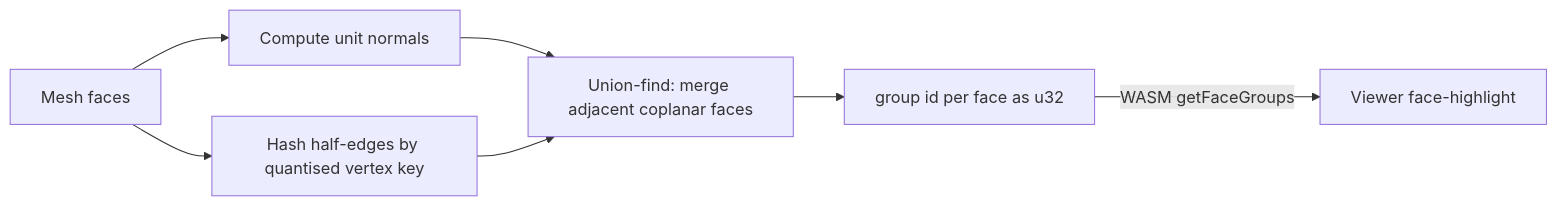
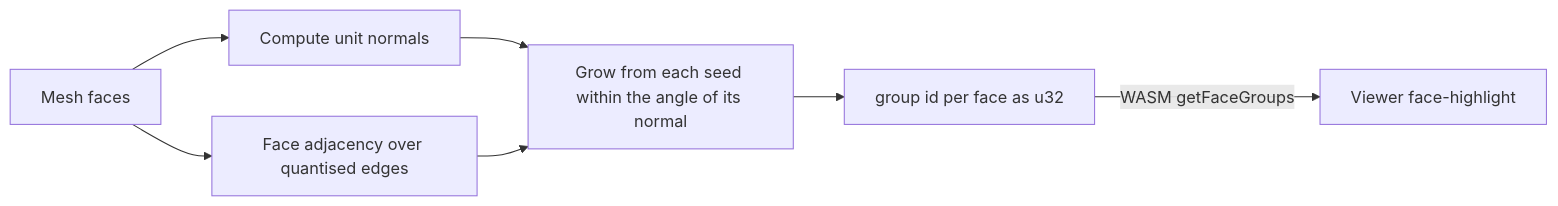
The third of 5 diagrams in src/mesh/README.md (ColdCrabby/slicer), drawn with Mermaid before and after one commit. The commit also changed other lines of this file and 7 other files, not shown here.

````diff
--- a/src/mesh/README.md
+++ b/src/mesh/README.md
@@ -152,8 +148,8 @@
 ```mermaid
 flowchart LR
     M[Mesh faces] --> N[Compute unit normals]
-    M --> E[Hash half-edges by quantised vertex key]
-    N & E --> UF[Union-find: merge adjacent coplanar faces]
-    UF --> G[group id per face as u32]
+    M --> E[Face adjacency over quantised edges]
+    N & E --> R[Grow from each seed within the angle of its normal]
+    R --> G[group id per face as u32]
     G -->|WASM getFaceGroups| UI[Viewer face-highlight]
 ```
````
